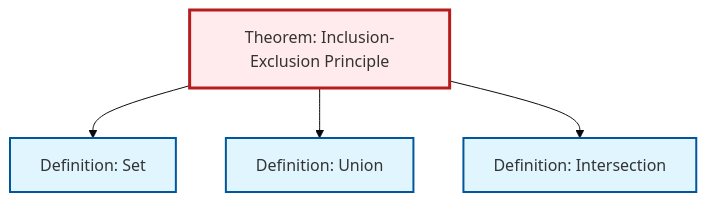
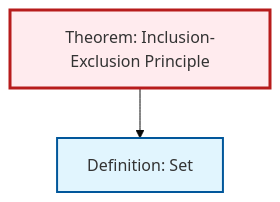
Before and after one commit to RK0429/ModernMath: the diagram in content/en/combinatorics/thm-inclusion-exclusion.qmd, drawn with Mermaid (base theme). The commit also changed 531 other files, not shown here.

````diff
--- a/content/en/combinatorics/thm-inclusion-exclusion.qmd
+++ b/content/en/combinatorics/thm-inclusion-exclusion.qmd
@@ -101,20 +101,14 @@
 ```{mermaid}
 %%| fig-cap: "Local dependency graph"
 graph TD
     classDef definition fill:#e1f5fe,stroke:#01579b,stroke-width:2px
     classDef theorem fill:#f3e5f5,stroke:#4a148c,stroke-width:2px
     classDef axiom fill:#fff3e0,stroke:#e65100,stroke-width:2px
     classDef example fill:#e8f5e9,stroke:#1b5e20,stroke-width:2px
     classDef current fill:#ffebee,stroke:#b71c1c,stroke-width:3px
+    thm-inclusion-exclusion["Theorem: Inclusion-Exclusion Principle"]:::theorem
     def-set["Definition: Set"]:::definition
-    def-union["Definition: Union"]:::definition
-    def-intersection["Definition: Intersection"]:::definition
-    thm-inclusion-exclusion["Theorem: Inclusion-Exclusion Principle"]:::theorem
     thm-inclusion-exclusion --> def-set
-    thm-inclusion-exclusion --> def-union
-    thm-inclusion-exclusion --> def-intersection
     class thm-inclusion-exclusion current
-    click def-set "../logic-set-theory/def-set.html" "Go to Set definition"
-    click def-union "../logic-set-theory/def-union.html" "Go to Union definition"
-    click def-intersection "../logic-set-theory/def-intersection.html" "Go to Intersection definition"
+    click def-set "def-set.html" "Go to Set definition"
 ```
````
